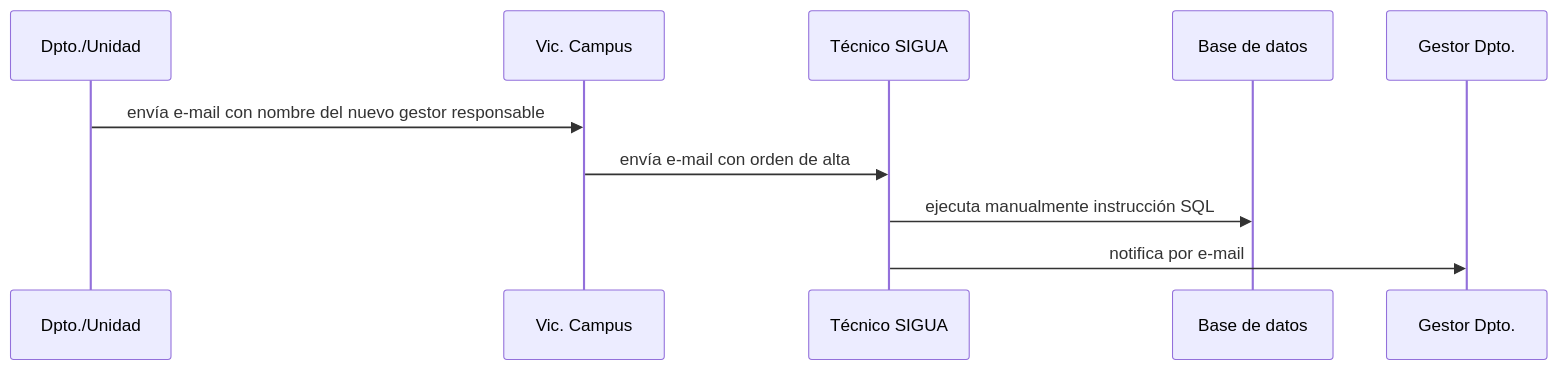
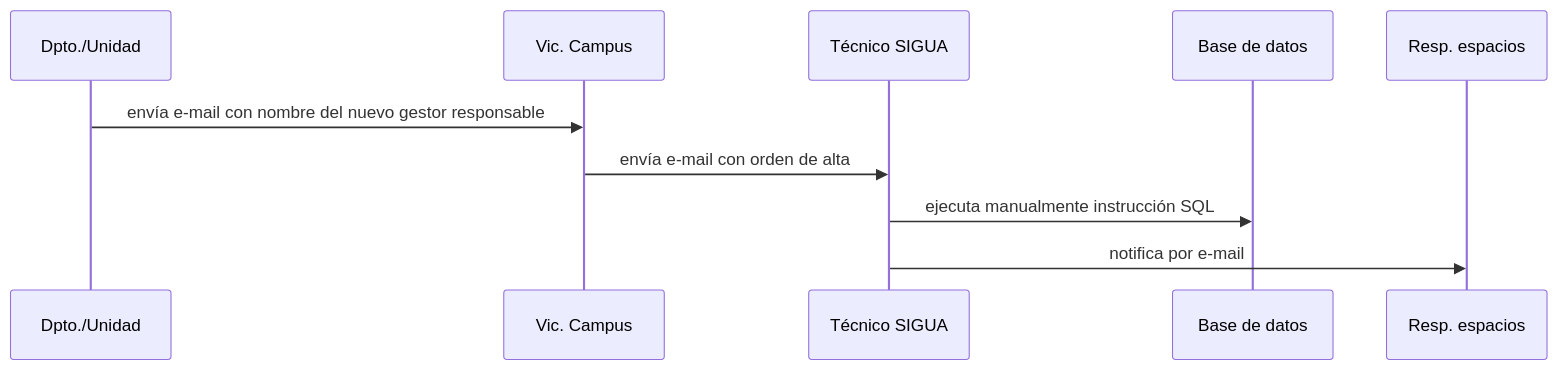
Before and after one commit to labgeo/ua-mods: the diagram in ds05.md, drawn with Mermaid.

```diff
--- a/ds05.md
+++ b/ds05.md
@@ -5,7 +5,7 @@
 {% mermaid %}
 sequenceDiagram;
   Dpto./Unidad->>Vic. Campus: envía e-mail con nombre del nuevo gestor responsable;
   Vic. Campus->>Técnico SIGUA: envía e-mail con orden de alta;
   Técnico SIGUA->>Base de datos: ejecuta manualmente instrucción SQL;
-  Técnico SIGUA->>Gestor Dpto.: notifica por e-mail;
+  Técnico SIGUA->>Resp. espacios: notifica por e-mail;
 {% endmermaid %}
```
